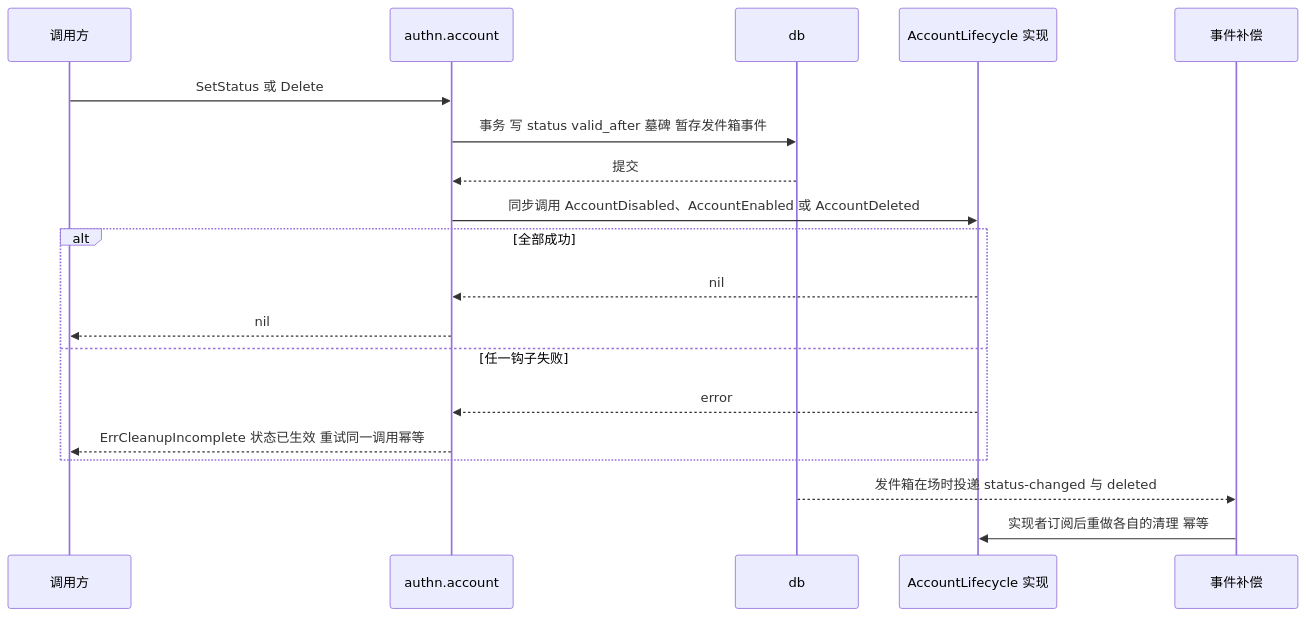
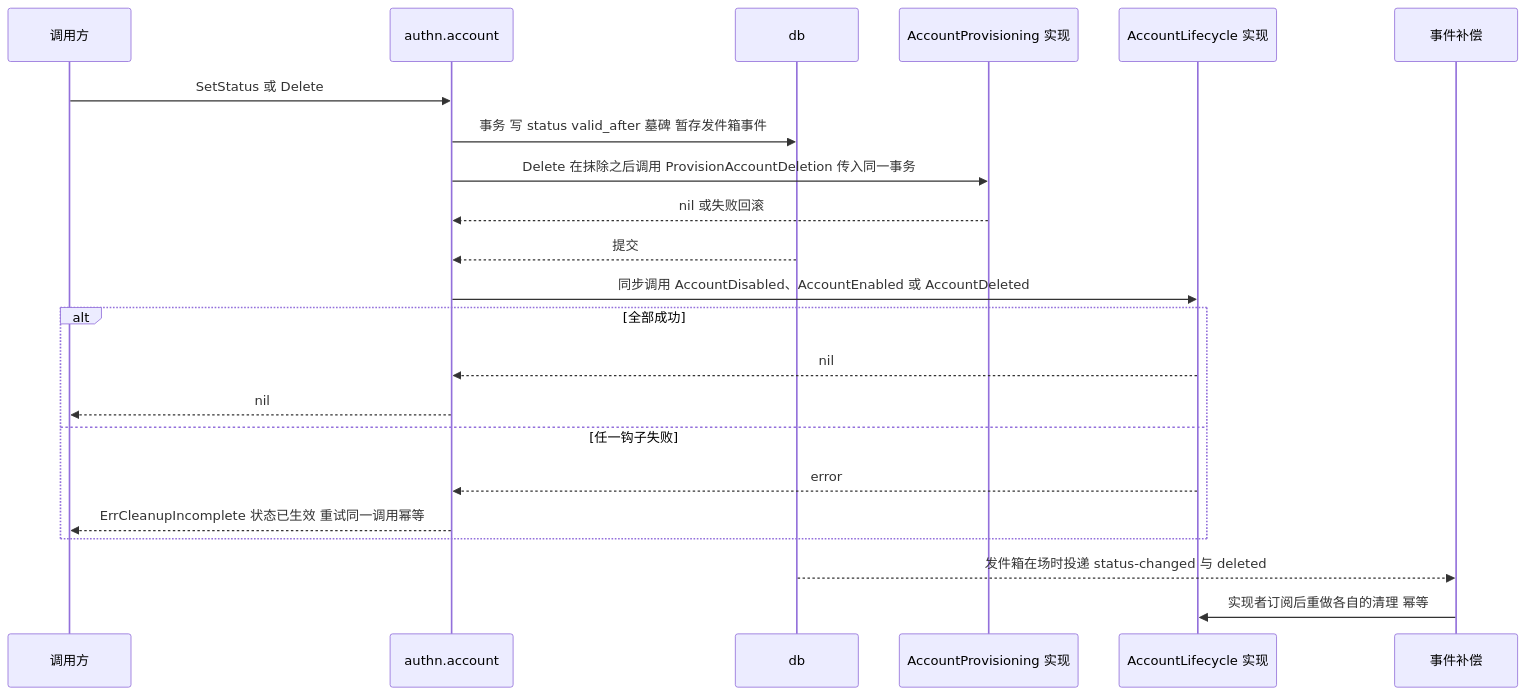
One commit to wangzw/speed changed the third of 4 diagrams in docs/design/modules/authn/design-authn-account.md. Above: the diagram before and after it, drawn with Mermaid. The commit also changed other lines of this file and 18 other files, not shown here.

Commit message:
feat(authn): provision an account inside its transaction

````diff
--- a/docs/design/modules/authn/design-authn-account.md
+++ b/docs/design/modules/authn/design-authn-account.md
@@ -418,21 +444,24 @@
 ```mermaid
 sequenceDiagram
     participant C as 调用方
     participant A as authn.account
     participant D as db
+    participant P as AccountProvisioning 实现
     participant H as AccountLifecycle 实现
     participant E as 事件补偿
     C->>A: SetStatus 或 Delete
     A->>D: 事务 写 status valid_after 墓碑 暂存发件箱事件
+    A->>P: Delete 在抹除之后调用 ProvisionAccountDeletion 传入同一事务
+    P-->>A: nil 或失败回滚
     D-->>A: 提交
     A->>H: 同步调用 AccountDisabled、AccountEnabled 或 AccountDeleted
     alt 全部成功
         H-->>A: nil
         A-->>C: nil
     else 任一钩子失败
         H-->>A: error
         A-->>C: ErrCleanupIncomplete 状态已生效 重试同一调用幂等
     end
     D-->>E: 发件箱在场时投递 status-changed 与 deleted
     E->>H: 实现者订阅后重做各自的清理 幂等
 ```
````
